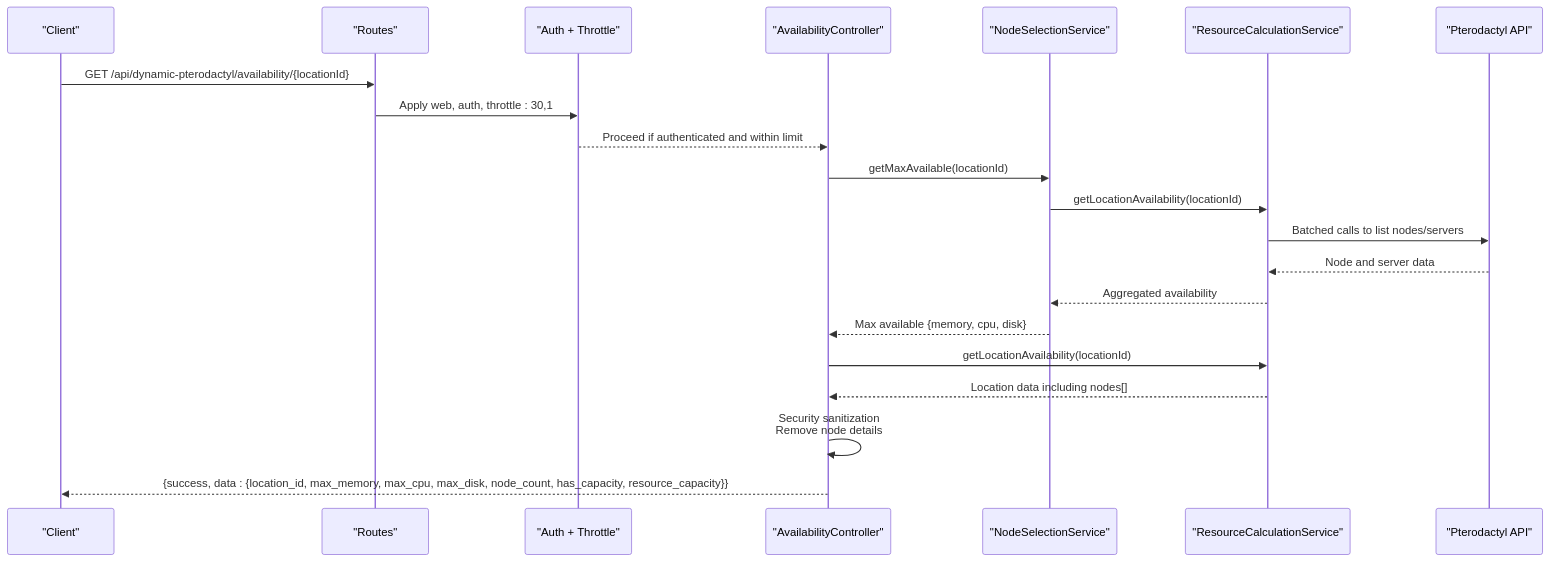
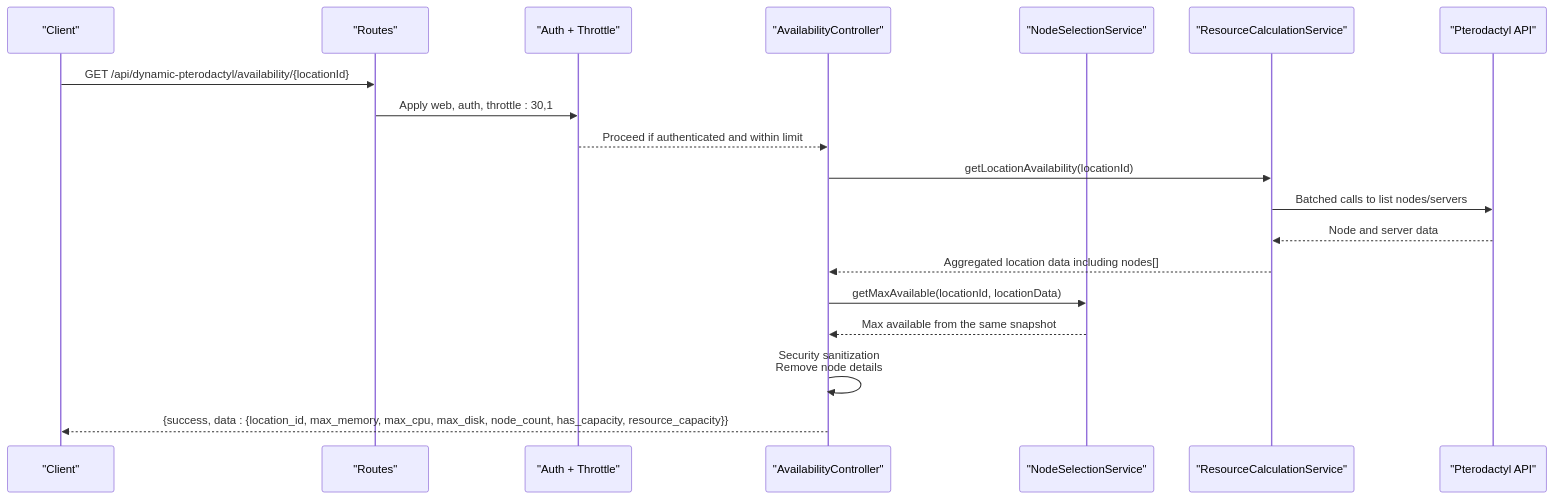
The second of 5 diagrams in .qoder/repowiki/en/content/API Reference/Public API Endpoints/Availability Endpoints.md (ObsidianNetwork/dynamic-pterodactyl), drawn with Mermaid before and after one commit. The commit also changed other lines of this file and 9 other files, not shown here.

Commit message:
docs: document single snapshot and cpu policy gate

````diff
--- a/.qoder/repowiki/en/content/API Reference/Public API Endpoints/Availability Endpoints.md
+++ b/.qoder/repowiki/en/content/API Reference/Public API Endpoints/Availability Endpoints.md
@@ -88,23 +88,21 @@
 ```mermaid
 sequenceDiagram
 participant C as "Client"
 participant R as "Routes"
 participant M as "Auth + Throttle"
 participant A as "AvailabilityController"
 participant N as "NodeSelectionService"
 participant S as "ResourceCalculationService"
 participant P as "Pterodactyl API"
 C->>R : GET /api/dynamic-pterodactyl/availability/{locationId}
 R->>M : Apply web, auth, throttle : 30,1
 M-->>A : Proceed if authenticated and within limit
-A->>N : getMaxAvailable(locationId)
-N->>S : getLocationAvailability(locationId)
+A->>S : getLocationAvailability(locationId)
 S->>P : Batched calls to list nodes/servers
 P-->>S : Node and server data
-S-->>N : Aggregated availability
-N-->>A : Max available {memory, cpu, disk}
-A->>S : getLocationAvailability(locationId)
-S-->>A : Location data including nodes[]
+S-->>A : Aggregated location data including nodes[]
+A->>N : getMaxAvailable(locationId, locationData)
+N-->>A : Max available from the same snapshot
 A->>A : Security sanitization<br/>Remove node details
 A-->>C : {success, data : {location_id, max_memory, max_cpu, max_disk, node_count, has_capacity, resource_capacity}}
 ```
````
